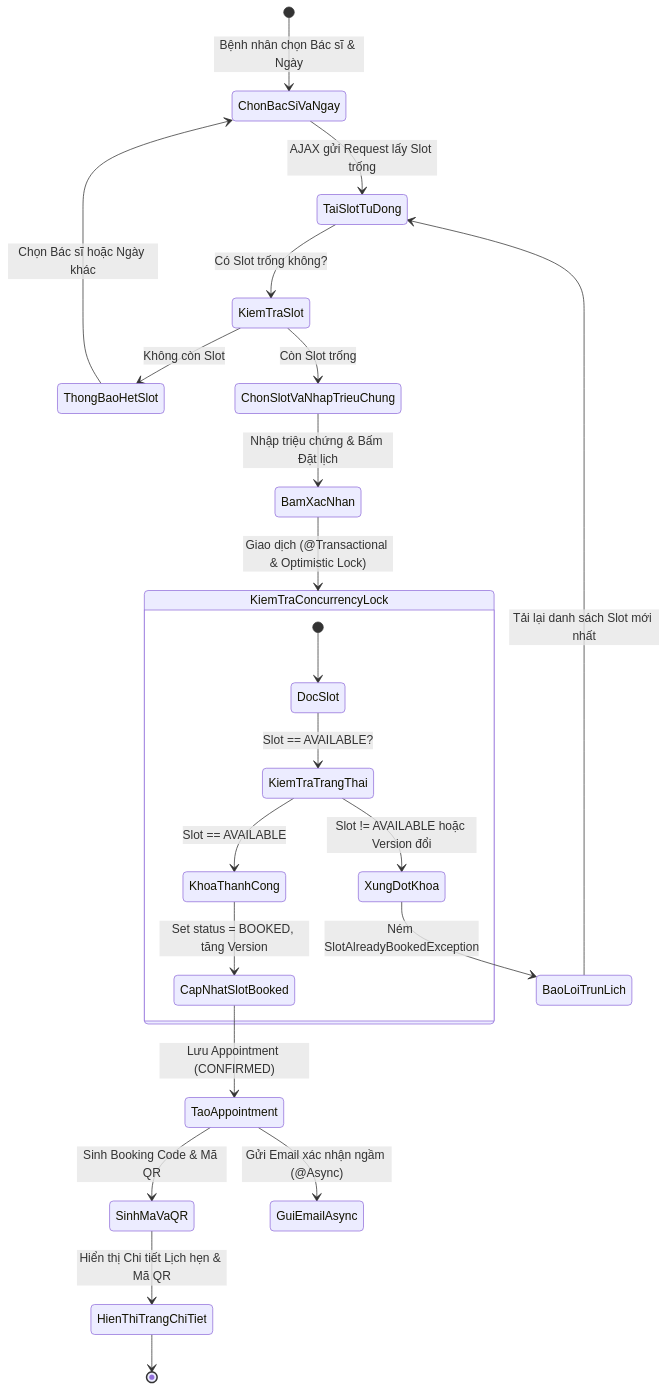
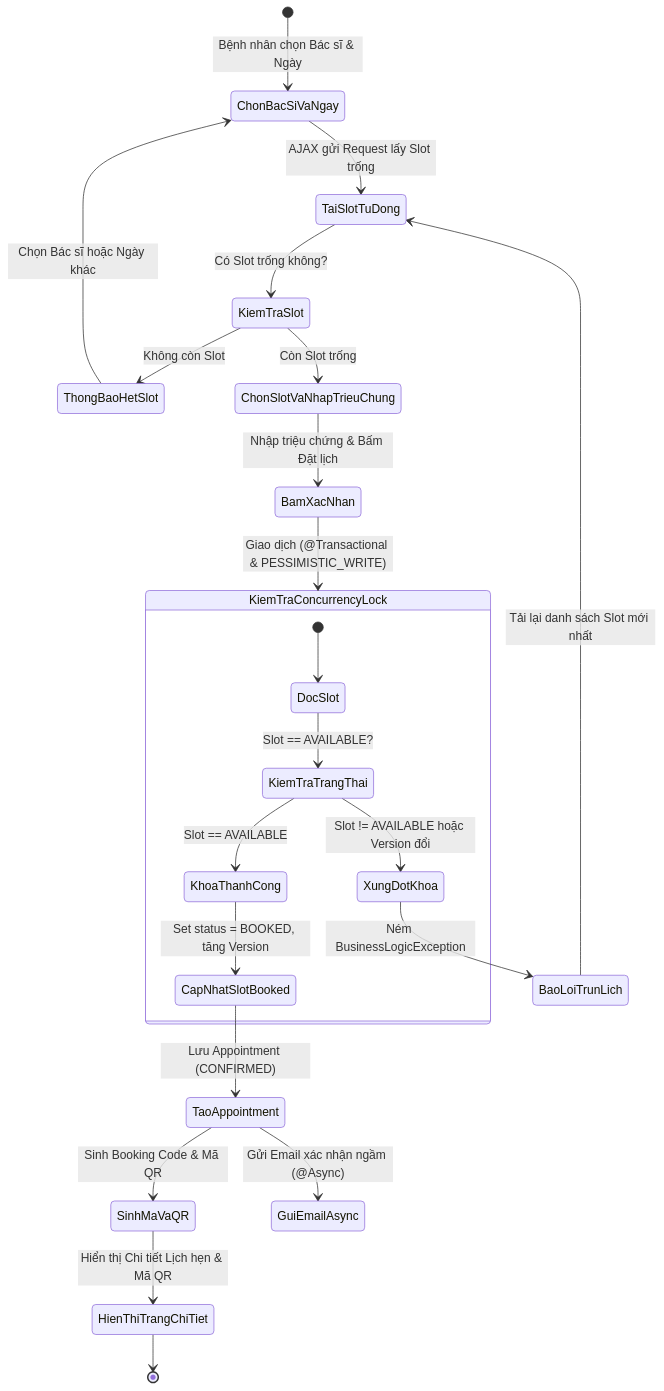
One commit to tranducanhyn99-prog/medclinic-system changed the second of 7 diagrams in docs/02_UML_DESIGN.md. Above: the diagram before and after it, drawn with Mermaid. The commit also changed other lines of this file and 20 other files, not shown here.

````diff
--- a/docs/02_UML_DESIGN.md
+++ b/docs/02_UML_DESIGN.md
@@ -155,31 +157,31 @@
 ```mermaid
 stateDiagram-v2
     [*] --> ChonBacSiVaNgay: Bệnh nhân chọn Bác sĩ & Ngày
     ChonBacSiVaNgay --> TaiSlotTuDong: AJAX gửi Request lấy Slot trống
     TaiSlotTuDong --> KiemTraSlot: Có Slot trống không?
     
     KiemTraSlot --> ThongBaoHetSlot: Không còn Slot
     ThongBaoHetSlot --> ChonBacSiVaNgay: Chọn Bác sĩ hoặc Ngày khác
     
     KiemTraSlot --> ChonSlotVaNhapTrieuChung: Còn Slot trống
     ChonSlotVaNhapTrieuChung --> BamXacNhan: Nhập triệu chứng & Bấm Đặt lịch
     
-    BamXacNhan --> KiemTraConcurrencyLock: Giao dịch (@Transactional & Optimistic Lock)
+    BamXacNhan --> KiemTraConcurrencyLock: Giao dịch (@Transactional & PESSIMISTIC_WRITE)
     
     state KiemTraConcurrencyLock {
         [*] --> DocSlot
         DocSlot --> KiemTraTrangThai: Slot == AVAILABLE?
         KiemTraTrangThai --> XungDotKhoa: Slot != AVAILABLE hoặc Version đổi
         KiemTraTrangThai --> KhoaThanhCong: Slot == AVAILABLE
         KhoaThanhCong --> CapNhatSlotBooked: Set status = BOOKED, tăng Version
     }
     
-    XungDotKhoa --> BaoLoiTrunLich: Ném SlotAlreadyBookedException
+    XungDotKhoa --> BaoLoiTrunLich: Ném BusinessLogicException
     BaoLoiTrunLich --> TaiSlotTuDong: Tải lại danh sách Slot mới nhất
     
     CapNhatSlotBooked --> TaoAppointment: Lưu Appointment (CONFIRMED)
     TaoAppointment --> SinhMaVaQR: Sinh Booking Code & Mã QR
     TaoAppointment --> GuiEmailAsync: Gửi Email xác nhận ngầm (@Async)
     SinhMaVaQR --> HienThiTrangChiTiet: Hiển thị Chi tiết Lịch hẹn & Mã QR
     HienThiTrangChiTiet --> [*]
 ```
````
